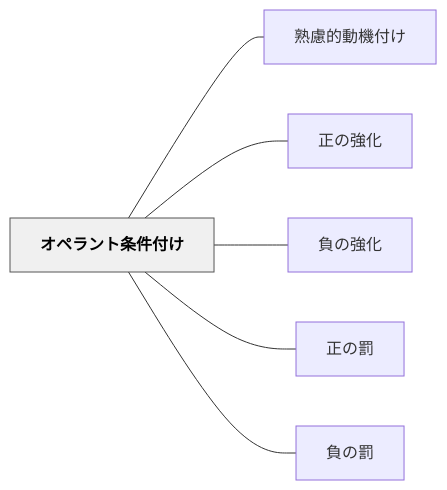
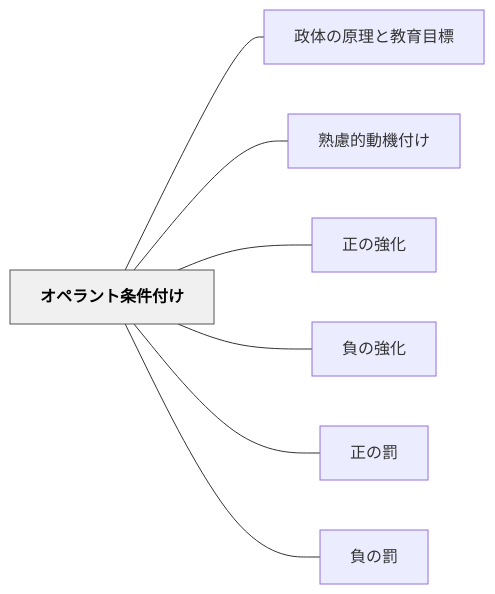
One commit to unknownthings-ed-patterns/unknownthings-ed-patterns changed the diagram in content/パタン/オペラント条件付け.md. Above: the diagram before and after it, drawn with Mermaid. The commit also changed other lines of this file and 16 other files, not shown here.

````diff
--- a/content/パタン/オペラント条件付け.md
+++ b/content/パタン/オペラント条件付け.md
@@ -44,18 +45,20 @@
 ```mermaid
 flowchart LR
     ne382aae3839ae383a9e383b3e38388e69da1e4bbb6e4bb98e38191["オペラント条件付け"]
+    ne694bfe4bd93e381aee58e9fe79086e381a8e69599e882b2e79baee6a899["政体の原理と教育目標"]
     ne7869fe685aee79a84e58b95e6a99fe4bb98e38191["熟慮的動機付け"]
     ne6ada3e381aee5bcb7e58c96["正の強化"]
     ne8b2a0e381aee5bcb7e58c96["負の強化"]
     ne6ada3e381aee7bdb0["正の罰"]
     ne8b2a0e381aee7bdb0["負の罰"]
 
+    ne382aae3839ae383a9e383b3e38388e69da1e4bbb6e4bb98e38191 --- ne694bfe4bd93e381aee58e9fe79086e381a8e69599e882b2e79baee6a899
     ne382aae3839ae383a9e383b3e38388e69da1e4bbb6e4bb98e38191 --- ne7869fe685aee79a84e58b95e6a99fe4bb98e38191
     ne382aae3839ae383a9e383b3e38388e69da1e4bbb6e4bb98e38191 --- ne6ada3e381aee5bcb7e58c96
     ne382aae3839ae383a9e383b3e38388e69da1e4bbb6e4bb98e38191 --- ne8b2a0e381aee5bcb7e58c96
     ne382aae3839ae383a9e383b3e38388e69da1e4bbb6e4bb98e38191 --- ne6ada3e381aee7bdb0
     ne382aae3839ae383a9e383b3e38388e69da1e4bbb6e4bb98e38191 --- ne8b2a0e381aee7bdb0
 
     classDef hub fill:#f0f0f0,stroke:#555,color:#000,font-weight:bold
     class ne382aae3839ae383a9e383b3e38388e69da1e4bbb6e4bb98e38191 hub
 ```
````
